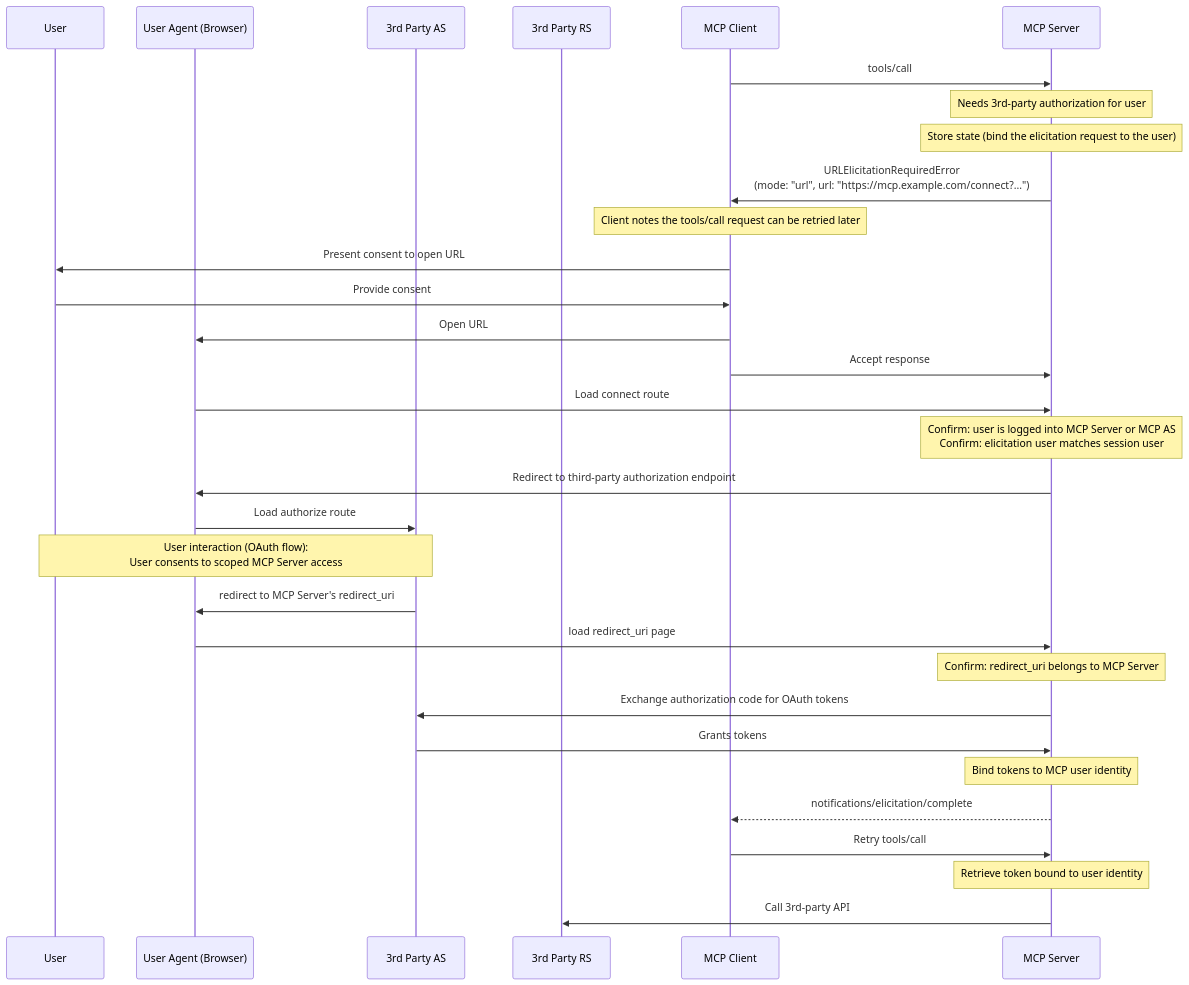
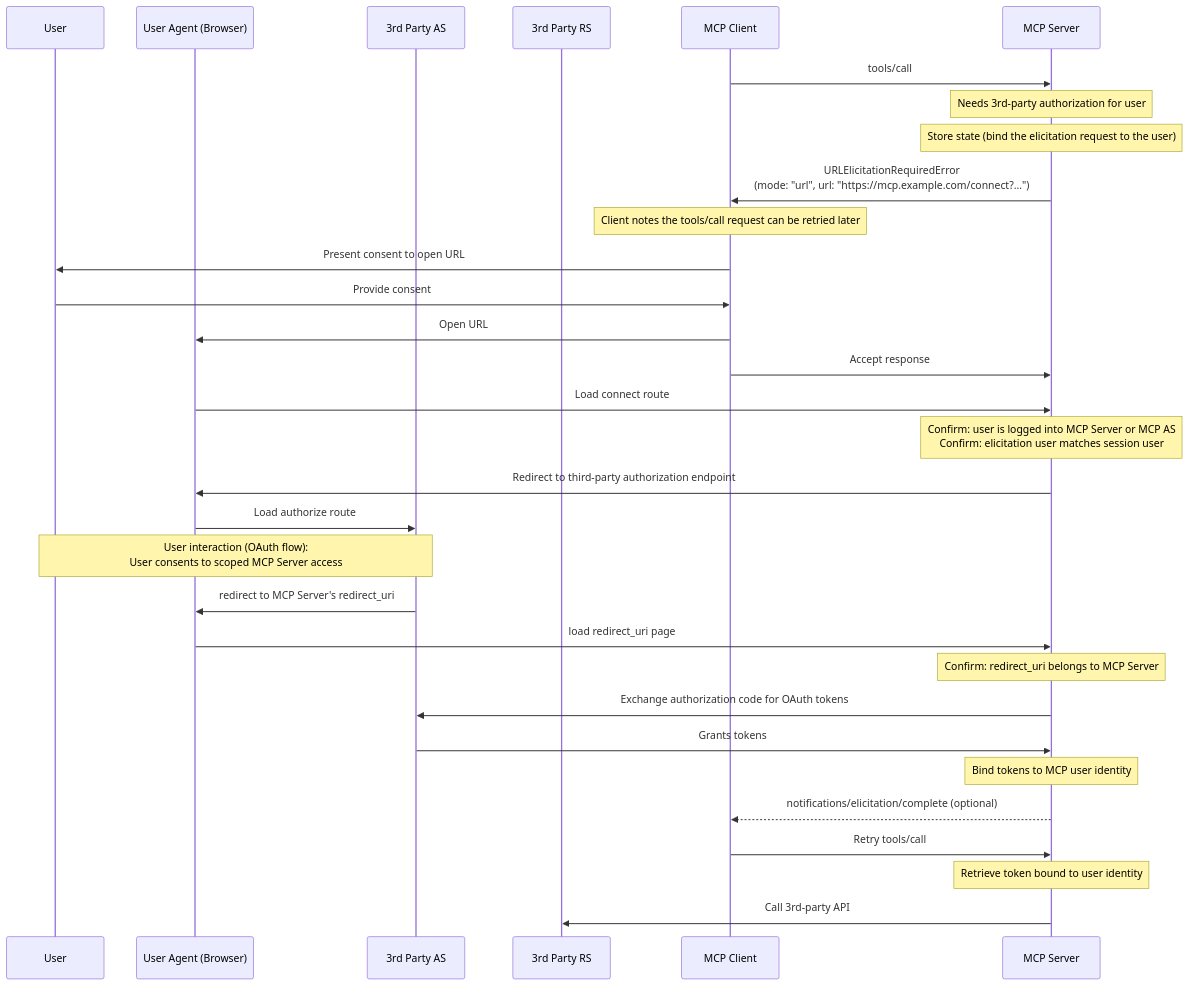
The fourth of 4 diagrams in docs/specification/draft/client/elicitation.mdx (scottslewis/modelcontextprotocol), drawn with Mermaid before and after one commit.

Commit message:
revert change

````diff
--- a/docs/specification/draft/client/elicitation.mdx
+++ b/docs/specification/draft/client/elicitation.mdx
@@ -648,34 +648,34 @@
 ```mermaid
 sequenceDiagram
     participant User
     participant UserAgent as User Agent (Browser)
     participant 3AS as 3rd Party AS
     participant 3RS as 3rd Party RS
     participant Client as MCP Client
     participant Server as MCP Server
 
     Client->>Server: tools/call
     Note over Server: Needs 3rd-party authorization for user
     Note over Server: Store state (bind the elicitation request to the user)
     Server->>Client: URLElicitationRequiredError<br> (mode: "url", url: "https://mcp.example.com/connect?...")
     Note over Client: Client notes the tools/call request can be retried later
     Client->>User: Present consent to open URL
     User->>Client: Provide consent
     Client->>UserAgent: Open URL
     Client->>Server: Accept response
     UserAgent->>Server: Load connect route
     Note over Server: Confirm: user is logged into MCP Server or MCP AS<br>Confirm: elicitation user matches session user
     Server->>UserAgent: Redirect to third-party authorization endpoint
     UserAgent->>3AS: Load authorize route
     Note over 3AS,User: User interaction (OAuth flow):<br>User consents to scoped MCP Server access
     3AS->>UserAgent: redirect to MCP Server's redirect_uri
     UserAgent->>Server: load redirect_uri page
     Note over Server: Confirm: redirect_uri belongs to MCP Server
     Server->>3AS: Exchange authorization code for  OAuth tokens
     3AS->>Server: Grants tokens
     Note over Server: Bind tokens to MCP user identity
-    Server-->>Client: notifications/elicitation/complete
+    Server-->>Client: notifications/elicitation/complete (optional)
     Client->>Server: Retry tools/call
     Note over Server: Retrieve token bound to user identity
     Server->>3RS: Call 3rd-party API
 ```
````
